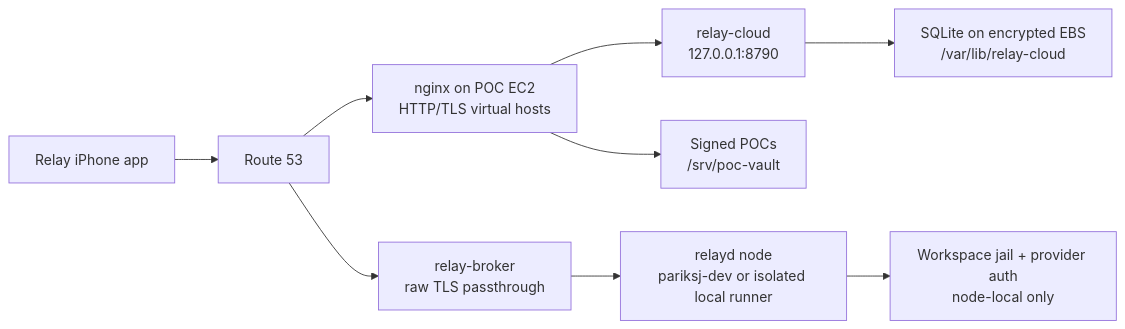
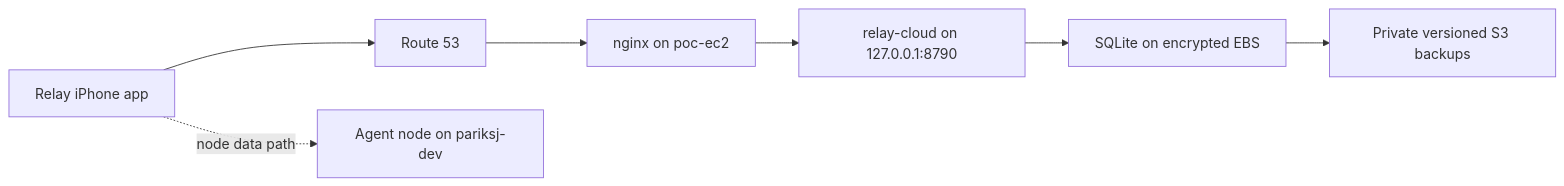
One commit to speedcuber911/private-ios-poc-vault changed the diagram in docs/RELAY_POC_EC2_DEPLOYMENT.md. Above: the diagram before and after it, drawn with Mermaid. The commit also changed other lines of this file and 65 other files, not shown here.

````diff
--- a/docs/RELAY_POC_EC2_DEPLOYMENT.md
+++ b/docs/RELAY_POC_EC2_DEPLOYMENT.md
@@ -71,21 +70,14 @@
 ```mermaid
 flowchart LR
-  Phone["Relay iPhone app"]
-  DNS["Route 53"]
-  Nginx["nginx on POC EC2\nHTTP/TLS virtual hosts"]
-  Cloud["relay-cloud\n127.0.0.1:8790"]
-  DB["SQLite on encrypted EBS\n/var/lib/relay-cloud"]
-  Static["Signed POCs\n/srv/poc-vault"]
-  Broker["relay-broker\nraw TLS passthrough"]
-  Node["relayd node\npariksj-dev or isolated local runner"]
-  Workspaces["Workspace jail + provider auth\nnode-local only"]
+  Phone[Relay iPhone app]
+  DNS[Route 53]
+  Nginx[nginx on poc-ec2]
+  Cloud[relay-cloud on 127.0.0.1:8790]
+  DB[SQLite on encrypted EBS]
+  S3[Private versioned S3 backups]
+  Node[Agent node on pariksj-dev]
 
-  Phone --> DNS
-  DNS --> Nginx
-  Nginx --> Cloud
-  Cloud --> DB
-  Nginx --> Static
-  DNS --> Broker
-  Broker --> Node
-  Node --> Workspaces
+  Phone --> DNS --> Nginx --> Cloud --> DB
+  DB --> S3
+  Phone -. node data path .-> Node
 ```
````
